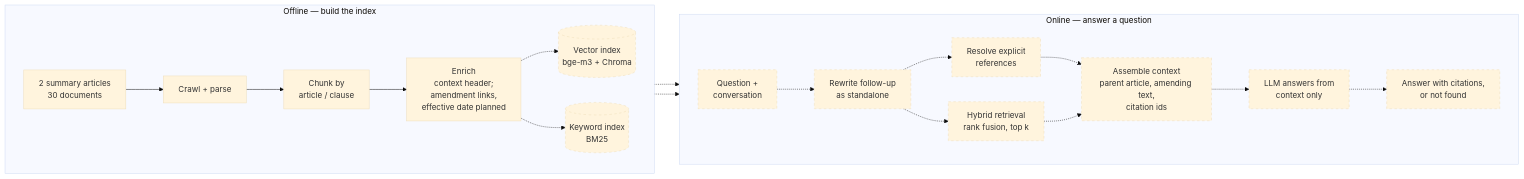
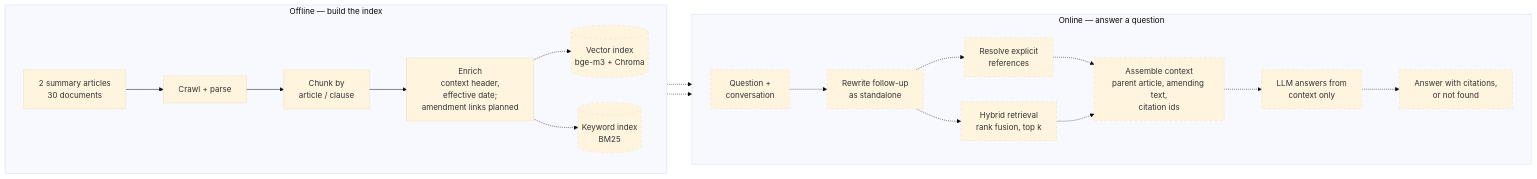
Before and after one commit to HieuQuang4438/vn-tax-law-rag: the diagram in README.md, drawn with Mermaid (base theme). The commit also changed other lines of this file and 8 other files, not shown here.

First line of the commit message:
feat: give every chunk its effective date

````diff
--- a/README.md
+++ b/README.md
@@ -27,26 +27,26 @@
 ```mermaid
 flowchart LR
     subgraph offline["Offline — build the index"]
         direction LR
         src[2 summary articles<br/>30 documents] --> crawl[Crawl + parse]
         crawl --> chunk[Chunk by<br/>article / clause]
-        chunk --> enrich[Enrich<br/>context header;<br/>amendment links,<br/>effective date planned]
+        chunk --> enrich[Enrich<br/>context header,<br/>effective date;<br/>amendment links planned]
         enrich -.-> vec[(Vector index<br/>bge-m3 + Chroma)]
         enrich -.-> kw[(Keyword index<br/>BM25)]
     end
     subgraph online["Online — answer a question"]
         direction LR
         q[Question +<br/>conversation] -.-> rw[Rewrite follow-up<br/>as standalone]
         rw -.-> ref[Resolve explicit<br/>references]
         rw -.-> hyb[Hybrid retrieval<br/>rank fusion, top k]
         ref -.-> aug[Assemble context<br/>parent article, amending text,<br/>citation ids]
         hyb -.-> aug
         aug -.-> llm[LLM answers from<br/>context only]
         llm -.-> out[Answer with citations,<br/>or not found]
     end
     vec -.-> hyb
     kw -.-> hyb
 
     classDef planned stroke-dasharray: 5 5
     class vec,kw,q,rw,ref,hyb,aug,llm,out planned
 ```
````
